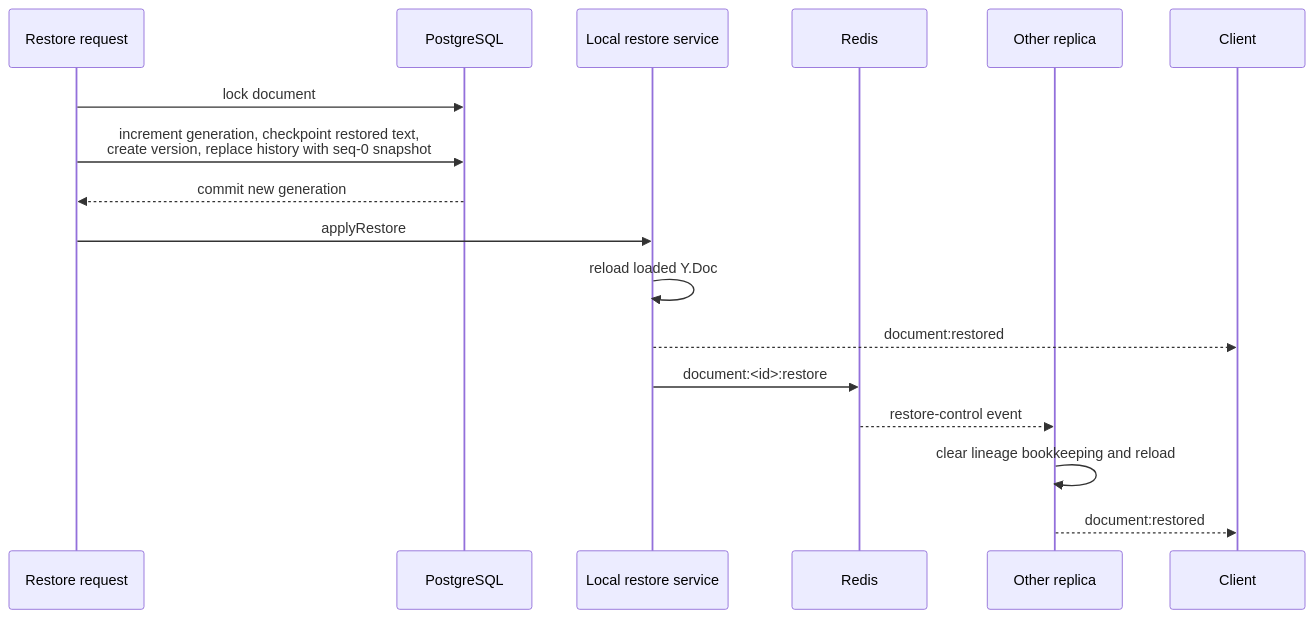
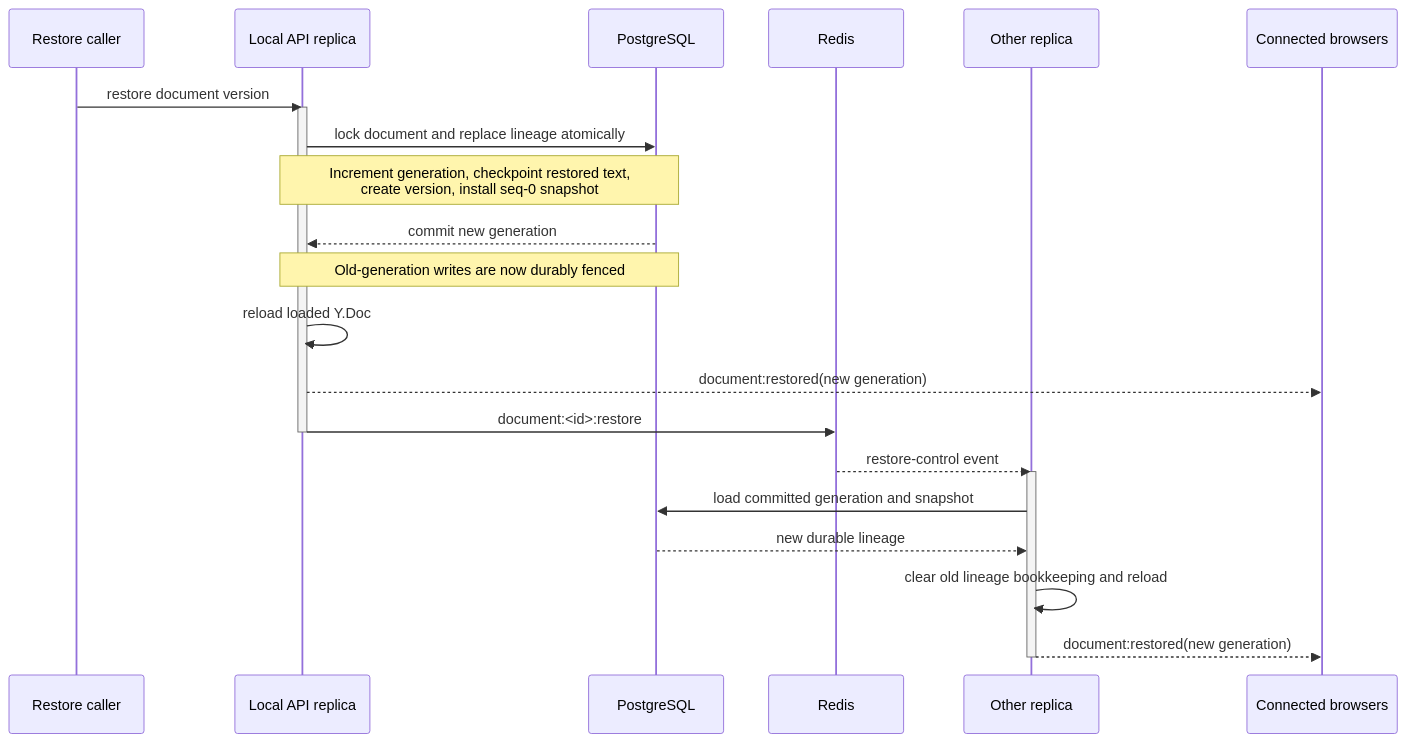
One commit to santinomarial/Meridian changed the second of 2 diagrams in docs/explanation/persistence-compaction-and-restore.md. Above: the diagram before and after it, drawn with Mermaid. The commit also changed other lines of this file and 10 other files, not shown here.

Commit message:
Redesign architecture diagrams

````diff
--- a/docs/explanation/persistence-compaction-and-restore.md
+++ b/docs/explanation/persistence-compaction-and-restore.md
@@ -62,20 +70,27 @@
 ```mermaid
 sequenceDiagram
-    participant HTTP as Restore request
+    participant Caller as Restore caller
+    participant Local as Local API replica
     participant PG as PostgreSQL
-    participant Local as Local restore service
     participant Redis
     participant Peer as Other replica
-    participant Client
+    participant Browsers as Connected browsers
 
-    HTTP->>PG: lock document
-    HTTP->>PG: increment generation, checkpoint restored text,<br/>create version, replace history with seq-0 snapshot
-    PG-->>HTTP: commit new generation
-    HTTP->>Local: applyRestore
+    Caller->>Local: restore document version
+    activate Local
+    Local->>PG: lock document and replace lineage atomically
+    Note over Local,PG: Increment generation, checkpoint restored text,<br/>create version, install seq-0 snapshot
+    PG-->>Local: commit new generation
+    Note over Local,PG: Old-generation writes are now durably fenced
     Local->>Local: reload loaded Y.Doc
-    Local-->>Client: document:restored
+    Local-->>Browsers: document:restored(new generation)
     Local->>Redis: document:<id>:restore
+    deactivate Local
     Redis-->>Peer: restore-control event
-    Peer->>Peer: clear lineage bookkeeping and reload
-    Peer-->>Client: document:restored
+    activate Peer
+    Peer->>PG: load committed generation and snapshot
+    PG-->>Peer: new durable lineage
+    Peer->>Peer: clear old lineage bookkeeping and reload
+    Peer-->>Browsers: document:restored(new generation)
+    deactivate Peer
 ```
````
